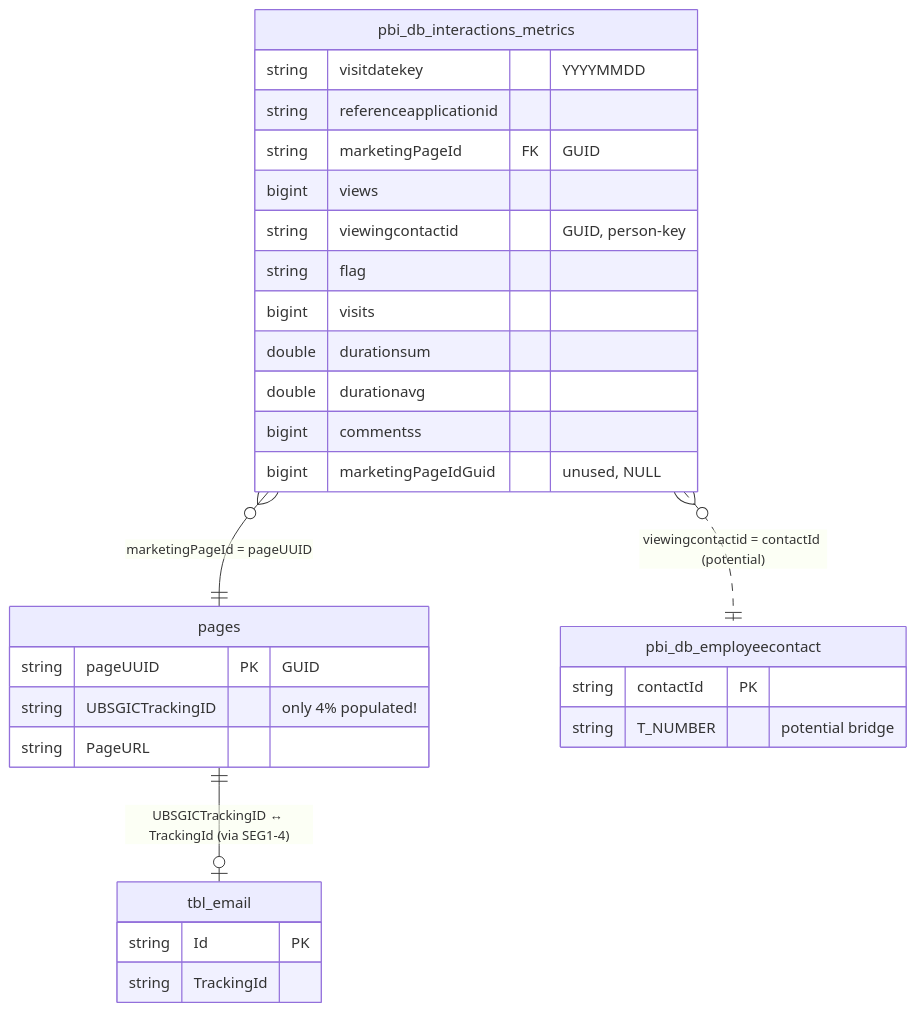
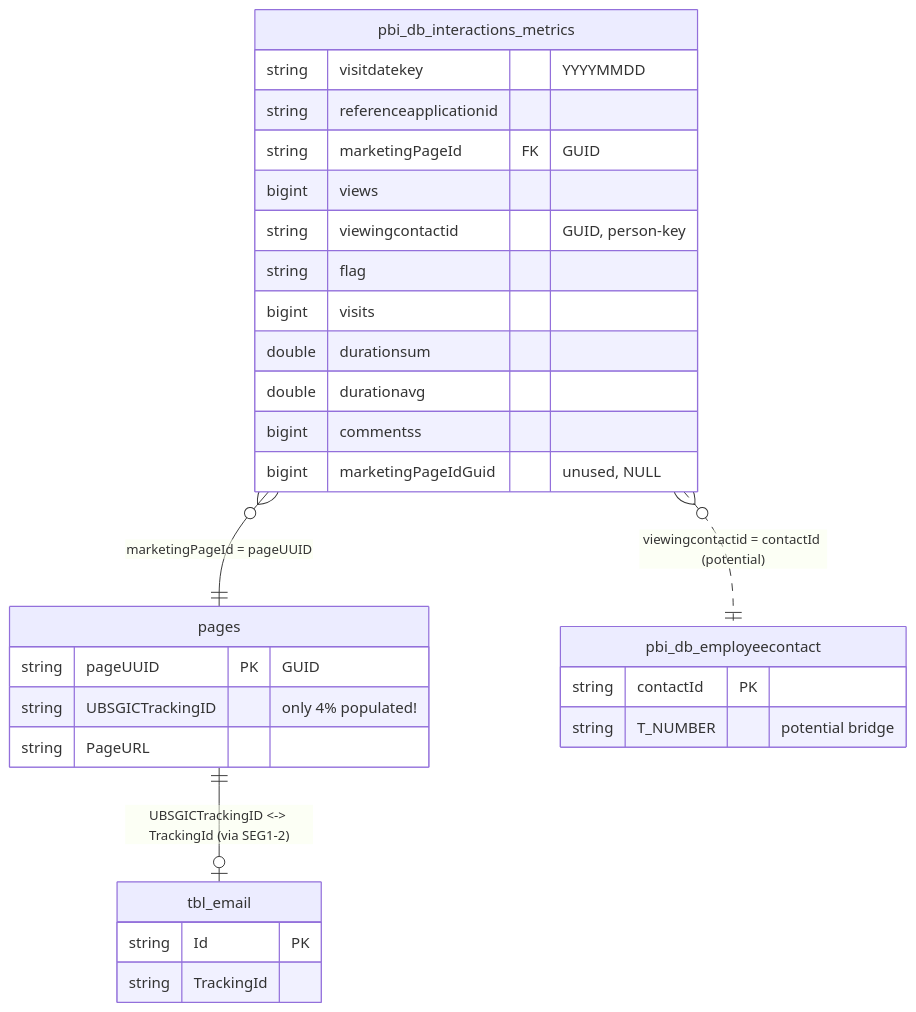
The diagram in docs/tables/sharepoint_gold/pbi_db_interactions_metrics.md (dallmi/Databricks), drawn with Mermaid before and after one commit. The commit also changed other lines of this file and 55 other files, not shown here.

````diff
--- a/docs/tables/sharepoint_gold/pbi_db_interactions_metrics.md
+++ b/docs/tables/sharepoint_gold/pbi_db_interactions_metrics.md
@@ -22,33 +21,33 @@
 ```mermaid
 erDiagram
     pbi_db_interactions_metrics }o--|| pages                  : "marketingPageId = pageUUID"
-    pages                       ||--o| tbl_email              : "UBSGICTrackingID ↔ TrackingId (via SEG1-4)"
+    pages                       ||--o| tbl_email              : "UBSGICTrackingID <-> TrackingId (via SEG1-2)"
     pbi_db_interactions_metrics }o..|| pbi_db_employeecontact : "viewingcontactid = contactId (potential)"
 
     pbi_db_interactions_metrics {
         string visitdatekey "YYYYMMDD"
         string referenceapplicationid
         string marketingPageId FK "GUID"
         bigint views
         string viewingcontactid "GUID, person-key"
         string flag
         bigint visits
         double durationsum
         double durationavg
         bigint commentss
         bigint marketingPageIdGuid "unused, NULL"
     }
     pages {
         string pageUUID PK "GUID"
         string UBSGICTrackingID "only 4% populated!"
         string PageURL
     }
     tbl_email {
         string Id PK
         string TrackingId
     }
     pbi_db_employeecontact {
         string contactId PK
         string T_NUMBER "potential bridge"
     }
 ```
````
